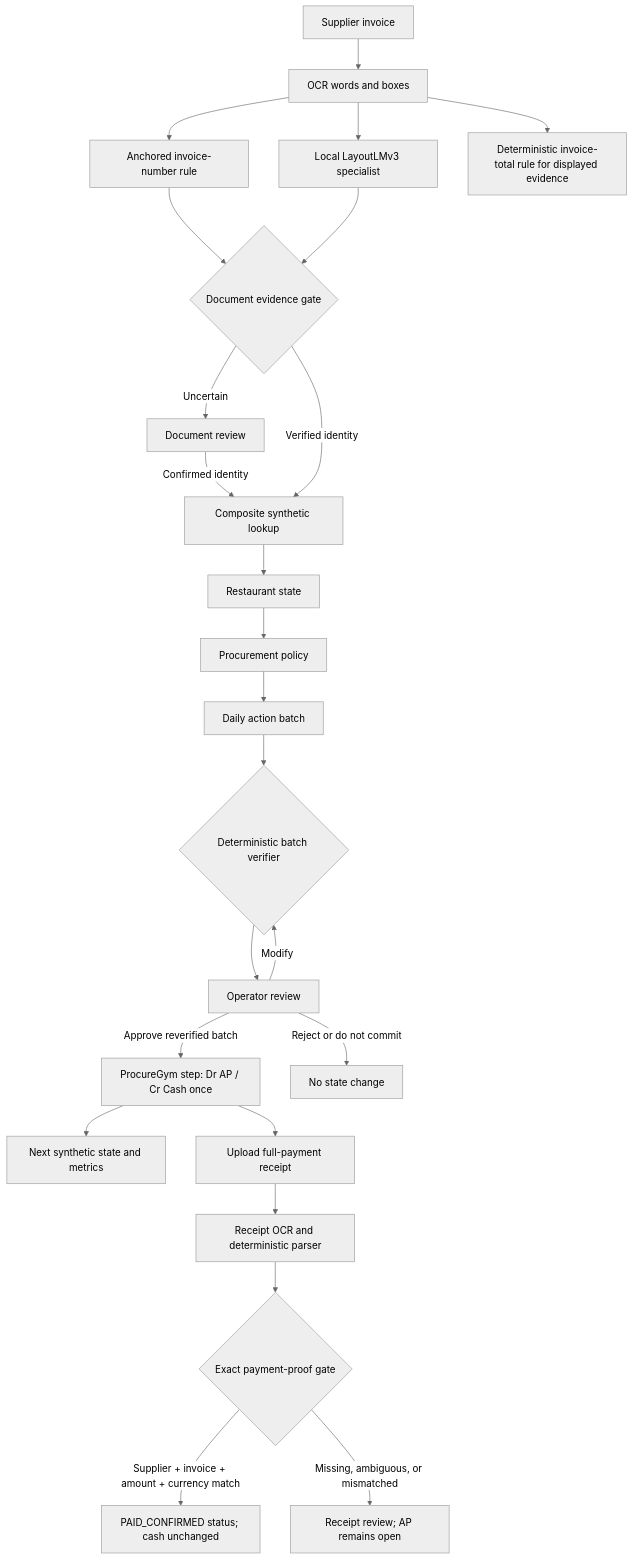
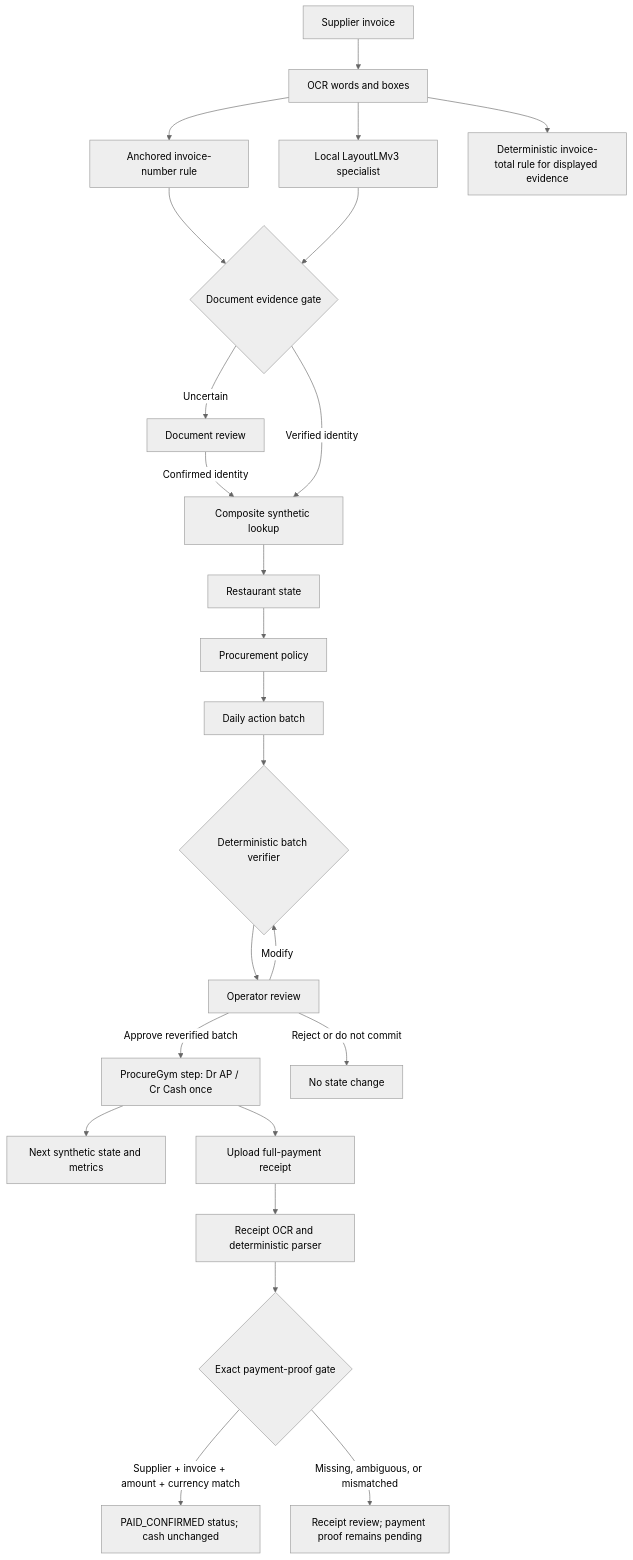
Before and after one commit to sasap91/invoiceagent: the second of 3 diagrams in docs/PRD.md, drawn with Mermaid (neutral theme). The commit also changed other lines of this file and 32 other files, not shown here.

```diff
--- a/docs/PRD.md
+++ b/docs/PRD.md
@@ -182,26 +231,26 @@
 ~~~mermaid
 flowchart TD
     A[Supplier invoice] --> B[OCR words and boxes]
     B --> C[Anchored invoice-number rule]
     B --> D[Local LayoutLMv3 specialist]
     B --> U[Deterministic invoice-total rule for displayed evidence]
     C --> E{Document evidence gate}
     D --> E
     E -->|Uncertain| F[Document review]
     F -->|Confirmed identity| G[Composite synthetic lookup]
     E -->|Verified identity| G
     G --> H[Restaurant state]
     H --> I[Procurement policy]
     I --> J[Daily action batch]
     J --> K{Deterministic batch verifier}
     K --> L[Operator review]
     L -->|Modify| K
     L -->|Approve reverified batch| M[ProcureGym step: Dr AP / Cr Cash once]
     L -->|Reject or do not commit| N[No state change]
     M --> O[Next synthetic state and metrics]
     M --> P[Upload full-payment receipt]
     P --> Q[Receipt OCR and deterministic parser]
     Q --> R{Exact payment-proof gate}
     R -->|Supplier + invoice + amount + currency match| S[PAID_CONFIRMED status; cash unchanged]
-    R -->|Missing, ambiguous, or mismatched| T[Receipt review; AP remains open]
+    R -->|Missing, ambiguous, or mismatched| T[Receipt review; payment proof remains pending]
 ~~~
```
